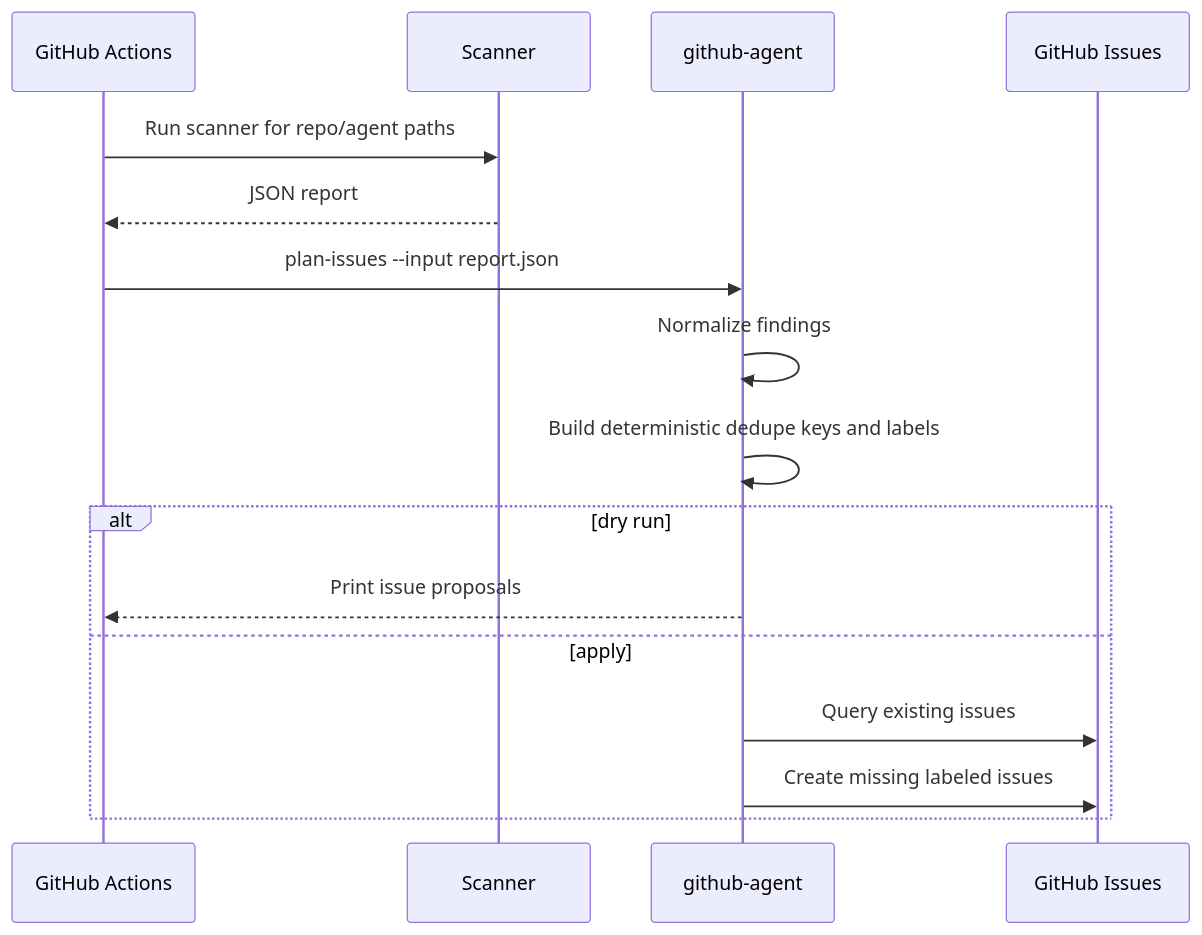
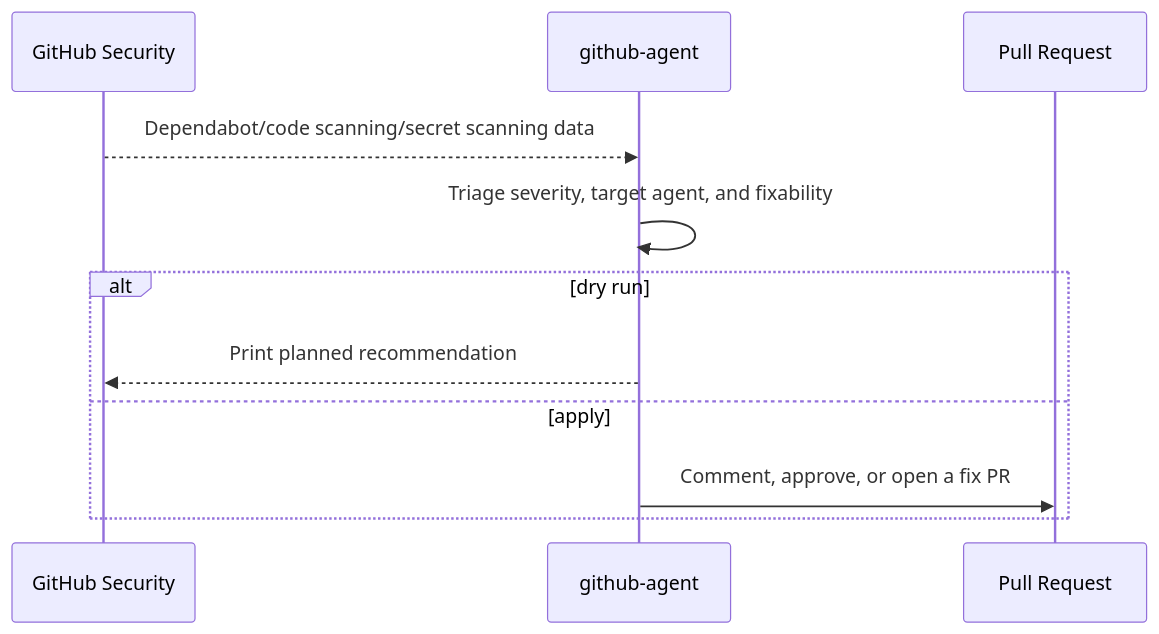
Before and after one commit to brandocomando/my_agentic_team: the second of 3 diagrams in github-agent/docs/Architecture.md, drawn with Mermaid. The commit also changed other lines of this file and 30 other files, not shown here.

Commit message:
docs(github-agent): Refocus on native security alerts

````diff
--- a/github-agent/docs/Architecture.md
+++ b/github-agent/docs/Architecture.md
@@ -21,19 +21,14 @@
 ```mermaid
 sequenceDiagram
-    participant Actions as GitHub Actions
-    participant Scanner as Scanner
+    participant GitHub as GitHub Security
     participant Agent as github-agent
-    participant GitHub as GitHub Issues
+    participant PR as Pull Request
 
-    Actions->>Scanner: Run scanner for repo/agent paths
-    Scanner-->>Actions: JSON report
-    Actions->>Agent: plan-issues --input report.json
-    Agent->>Agent: Normalize findings
-    Agent->>Agent: Build deterministic dedupe keys and labels
+    GitHub-->>Agent: Dependabot/code scanning/secret scanning data
+    Agent->>Agent: Triage severity, target agent, and fixability
     alt dry run
-        Agent-->>Actions: Print issue proposals
+        Agent-->>GitHub: Print planned recommendation
     else apply
-        Agent->>GitHub: Query existing issues
-        Agent->>GitHub: Create missing labeled issues
+        Agent->>PR: Comment, approve, or open a fix PR
     end
 ```
````
